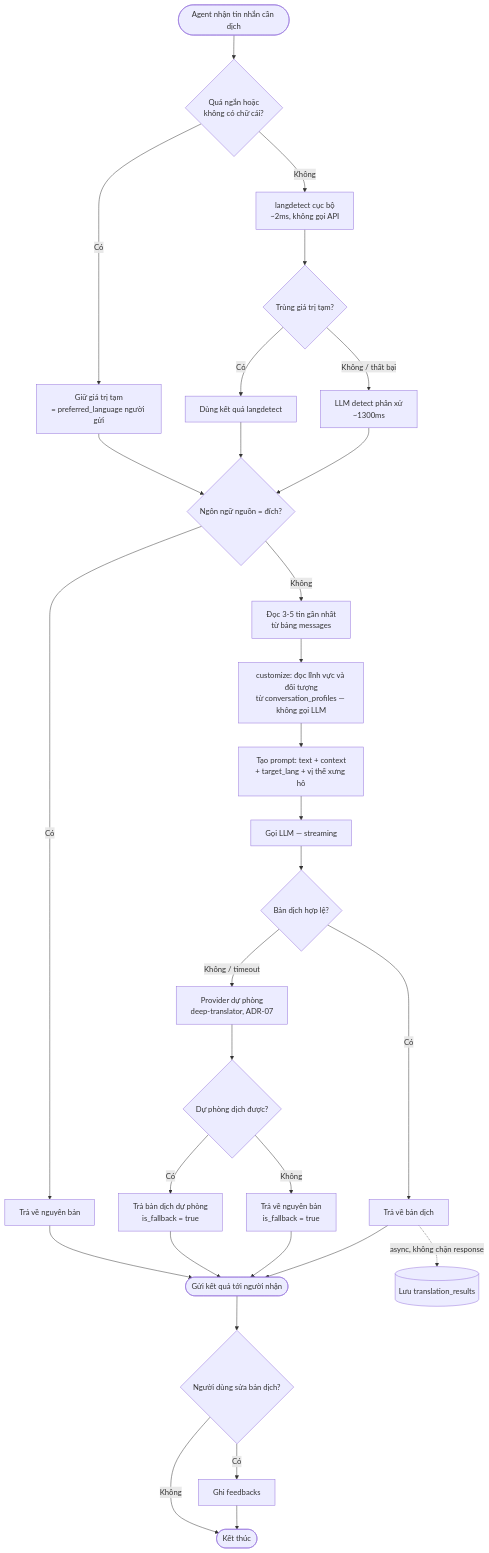
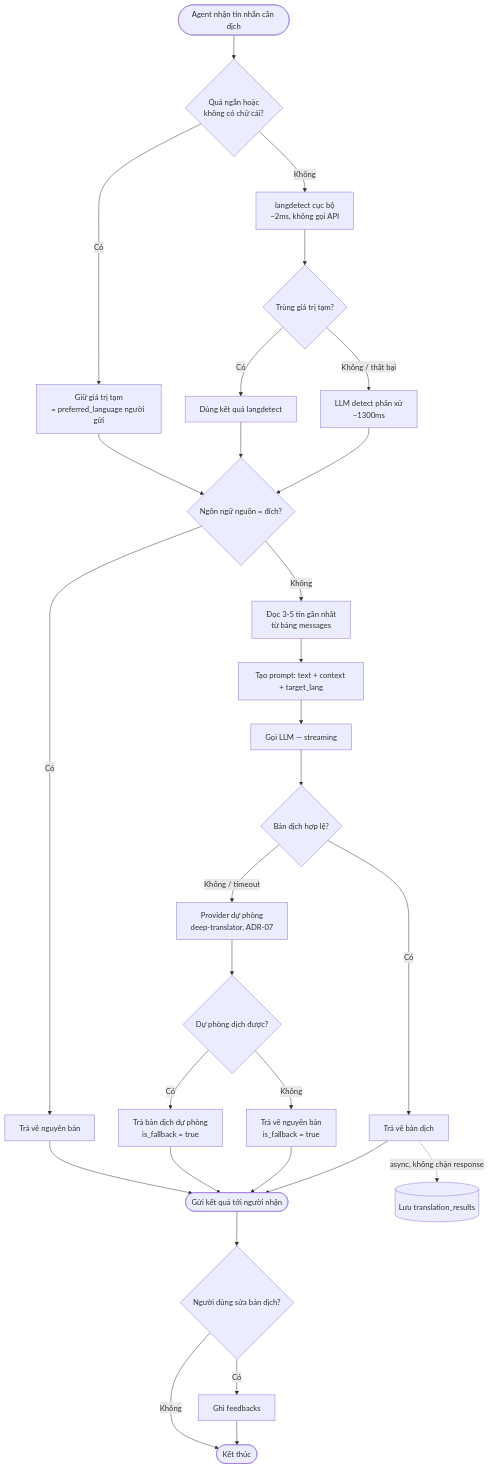
The second of 6 diagrams in docs/architecture_diagram.md (minh20003/linguaflow-ai), drawn with Mermaid before and after one commit. The commit also changed other lines of this file and 368 other files, not shown here.

````diff
--- a/docs/architecture_diagram.md
+++ b/docs/architecture_diagram.md
@@ -39,39 +39,38 @@
 ```mermaid
 graph TD
     START([Agent nhận tin nhắn cần dịch]) --> TooShort{Quá ngắn hoặc<br/>không có chữ cái?}
     TooShort -->|Có| UseTemp[Giữ giá trị tạm<br/>= preferred_language người gửi]
     TooShort -->|Không| Local[langdetect cục bộ<br/>~2ms, không gọi API]
     Local --> Agree{Trùng giá trị tạm?}
     Agree -->|Có| UseLocal[Dùng kết quả langdetect]
     Agree -->|Không / thất bại| LLMDetect[LLM detect phân xử<br/>~1300ms]
 
     UseTemp --> SameLang
     UseLocal --> SameLang
     LLMDetect --> SameLang
 
     SameLang{Ngôn ngữ nguồn = đích?}
     SameLang -->|Có| ReturnOriginal[Trả về nguyên bản]
     SameLang -->|Không| BuildContext[Đọc 3-5 tin gần nhất<br/>từ bảng messages]
-    BuildContext --> Customize[customize: đọc lĩnh vực và đối tượng<br/>từ conversation_profiles — không gọi LLM]
-    Customize --> Prompt[Tạo prompt: text + context<br/>+ target_lang + vị thế xưng hô]
+    BuildContext --> Prompt[Tạo prompt: text + context + target_lang]
     Prompt --> CallLLM[Gọi LLM — streaming]
     CallLLM --> Valid{Bản dịch hợp lệ?}
     Valid -->|Không / timeout| FallbackProvider[Provider dự phòng<br/>deep-translator, ADR-07]
     Valid -->|Có| ReturnTranslated[Trả về bản dịch]
 
     FallbackProvider --> FallbackOk{Dự phòng dịch được?}
     FallbackOk -->|Có| ReturnFallback[Trả bản dịch dự phòng<br/>is_fallback = true]
     FallbackOk -->|Không| ReturnOriginalOnError[Trả về nguyên bản<br/>is_fallback = true]
 
     ReturnOriginal --> Deliver([Gửi kết quả tới người nhận])
     ReturnFallback --> Deliver
     ReturnOriginalOnError --> Deliver
     ReturnTranslated --> Deliver
 
     ReturnTranslated -.async, không chặn response.-> Persist[(Lưu translation_results)]
 
     Deliver --> HasEdit{Người dùng sửa bản dịch?}
     HasEdit -->|Không| END([Kết thúc])
     HasEdit -->|Có| Correction[Ghi feedbacks]
     Correction --> END
 ```
````
